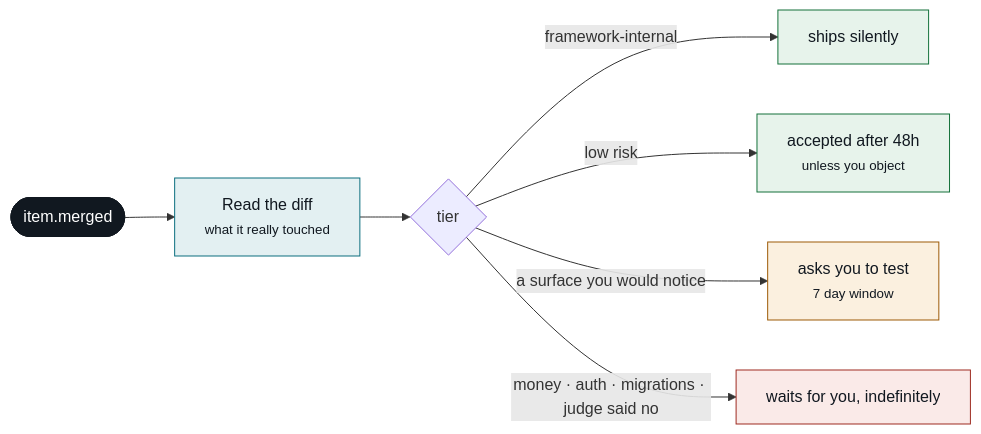
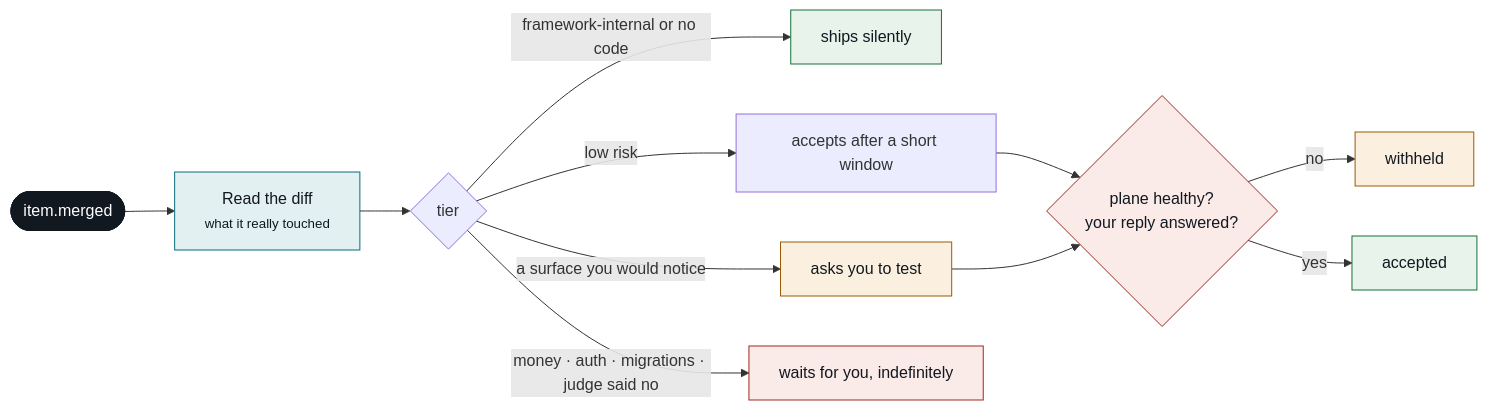
The ninth of 11 diagrams in docs/plane-flows.md (MrChikns/loopkit), drawn with Mermaid before and after one commit. The commit also changed other lines of this file and 3 other files, not shown here.

````diff
--- a/docs/plane-flows.md
+++ b/docs/plane-flows.md
@@ -223,20 +452,24 @@
 ```mermaid
 flowchart LR
   M(["item.merged"]) --> READ["Read the diff<br/><small>what it really touched</small>"]
   READ --> T{"tier"}
-  T -->|framework-internal| A1["ships silently"]
-  T -->|low risk| A2["accepted after 48h<br/><small>unless you object</small>"]
-  T -->|a surface you would notice| A3["asks you to test<br/><small>7 day window</small>"]
+  T -->|framework-internal or no code| A1["ships silently"]
+  T -->|low risk| A2["accepts after a short window"]
+  T -->|a surface you would notice| A3["asks you to test"]
   T -->|money · auth · migrations · judge said no| A4["waits for you, indefinitely"]
+  A2 --> GATE{"plane healthy?<br/>your reply answered?"}
+  A3 --> GATE
+  GATE -->|no| HOLD["withheld"]
+  GATE -->|yes| OK["accepted"]
 
   classDef term fill:#111820,stroke:#111820,color:#ffffff
   classDef step fill:#E3F0F2,stroke:#0B6E7F,color:#111820
   classDef pass fill:#E7F3EB,stroke:#14713A,color:#111820
   classDef hold fill:#FBF0DF,stroke:#9C5A06,color:#111820
   classDef stop fill:#FAEAE8,stroke:#9E2B20,color:#111820
   class M term
   class READ step
-  class A1,A2 pass
-  class A3 hold
-  class A4 stop
+  class A1,OK pass
+  class A3,HOLD hold
+  class A4,GATE stop
 ```
````
